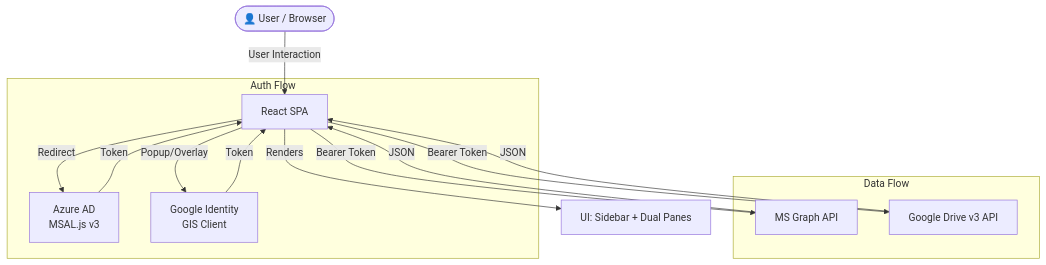
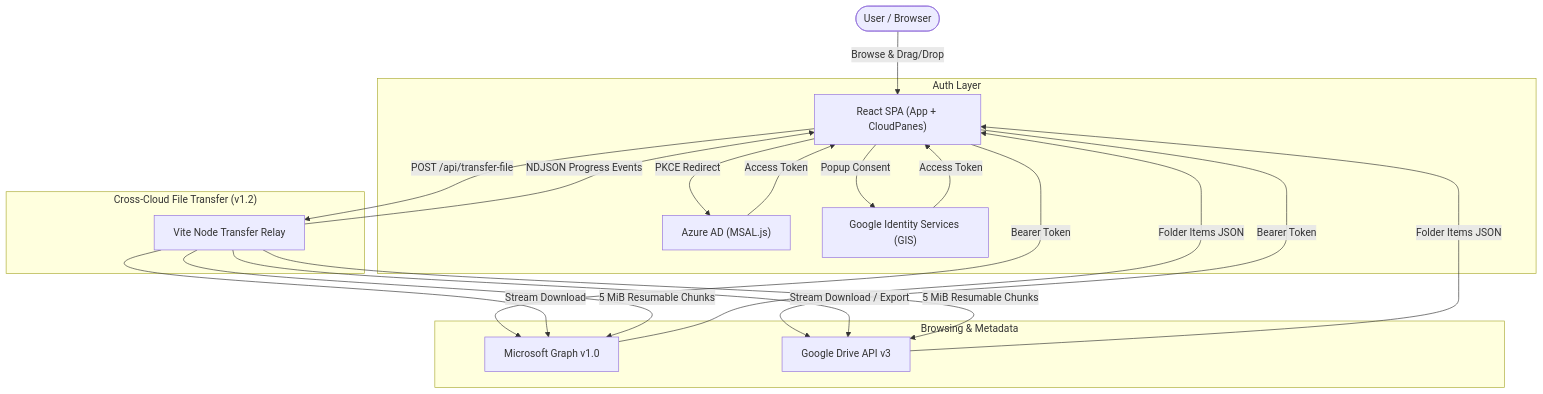
Before and after one commit to Evanlaer/onedrive-explorer: the diagram in docs/ARCHITECTURE.md, drawn with Mermaid. The commit also changed other lines of this file and 25 other files, not shown here.

Commit message:
feat: add cross-cloud drag-and-drop copy/move and streaming transfer relay (v1.2)

````diff
--- a/docs/ARCHITECTURE.md
+++ b/docs/ARCHITECTURE.md
@@ -11,20 +11,27 @@
 ```mermaid
 flowchart TD
-    U([👤 User / Browser]) -->|User Interaction| A[React SPA]
-    
-    subgraph "Auth Flow"
-      A -->|Redirect| B[Azure AD\nMSAL.js v3]
-      A -->|Popup/Overlay| G[Google Identity\nGIS Client]
-      B -->|Token| A
-      G -->|Token| A
+    U(["User / Browser"]) -->|Browse & Drag/Drop| A["React SPA (App + CloudPanes)"]
+
+    subgraph "Auth Layer"
+      A -->|PKCE Redirect| B["Azure AD (MSAL.js)"]
+      A -->|Popup Consent| G["Google Identity Services (GIS)"]
+      B -->|Access Token| A
+      G -->|Access Token| A
     end
 
-    subgraph "Data Flow"
-      A -->|Bearer Token| C[MS Graph API]
-      A -->|Bearer Token| D[Google Drive v3 API]
-      C -->|JSON| A
-      D -->|JSON| A
+    subgraph "Browsing & Metadata"
+      A -->|Bearer Token| C["Microsoft Graph v1.0"]
+      A -->|Bearer Token| D["Google Drive API v3"]
+      C -->|Folder Items JSON| A
+      D -->|Folder Items JSON| A
     end
 
-    A -->|Renders| E[UI: Sidebar + Dual Panes]
+    subgraph "Cross-Cloud File Transfer (v1.2)"
+      A -->|POST /api/transfer-file| R["Vite Node Transfer Relay"]
+      R -->|Stream Download| C
+      R -->|Stream Download / Export| D
+      R -->|5 MiB Resumable Chunks| C
+      R -->|5 MiB Resumable Chunks| D
+      R -->|NDJSON Progress Events| A
+    end
 ```
````
